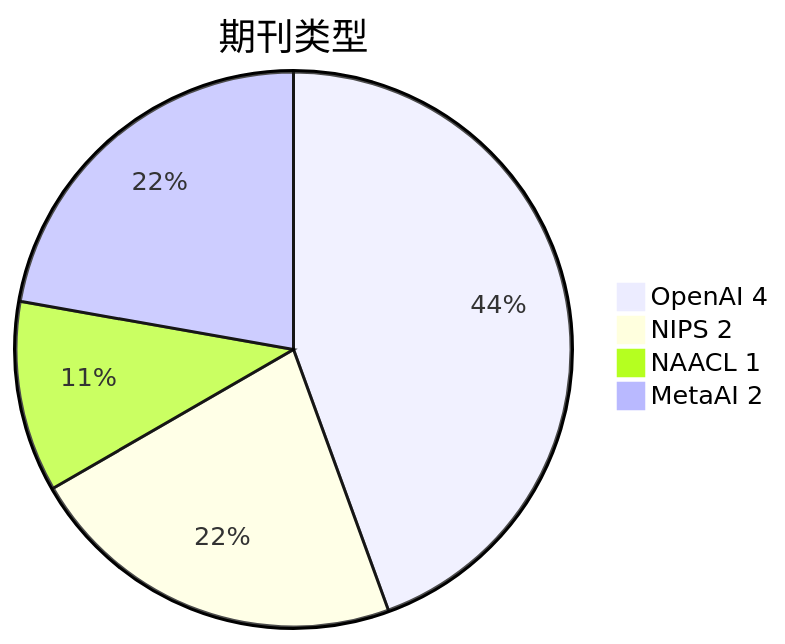
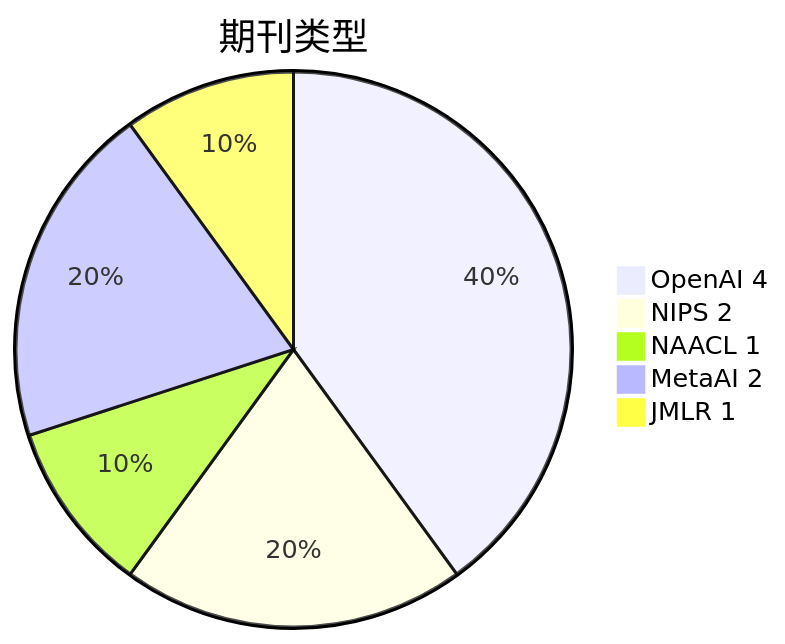
Before and after one commit to Elephant-King9/Paper: the second of 4 diagrams in Base_Model/LLM/analyse.md, drawn with Mermaid. The commit also changed other lines of this file and 7 other files, not shown here.

````diff
--- a/Base_Model/LLM/analyse.md
+++ b/Base_Model/LLM/analyse.md
@@ -36,7 +38,8 @@
 ```mermaid
 pie title 期刊类型
 		"OpenAI 4" : 4
 		"NIPS 2" : 2
 		"NAACL 1" : 1
 		"MetaAI 2" : 2
+		"JMLR 1" : 1
 ```
````
